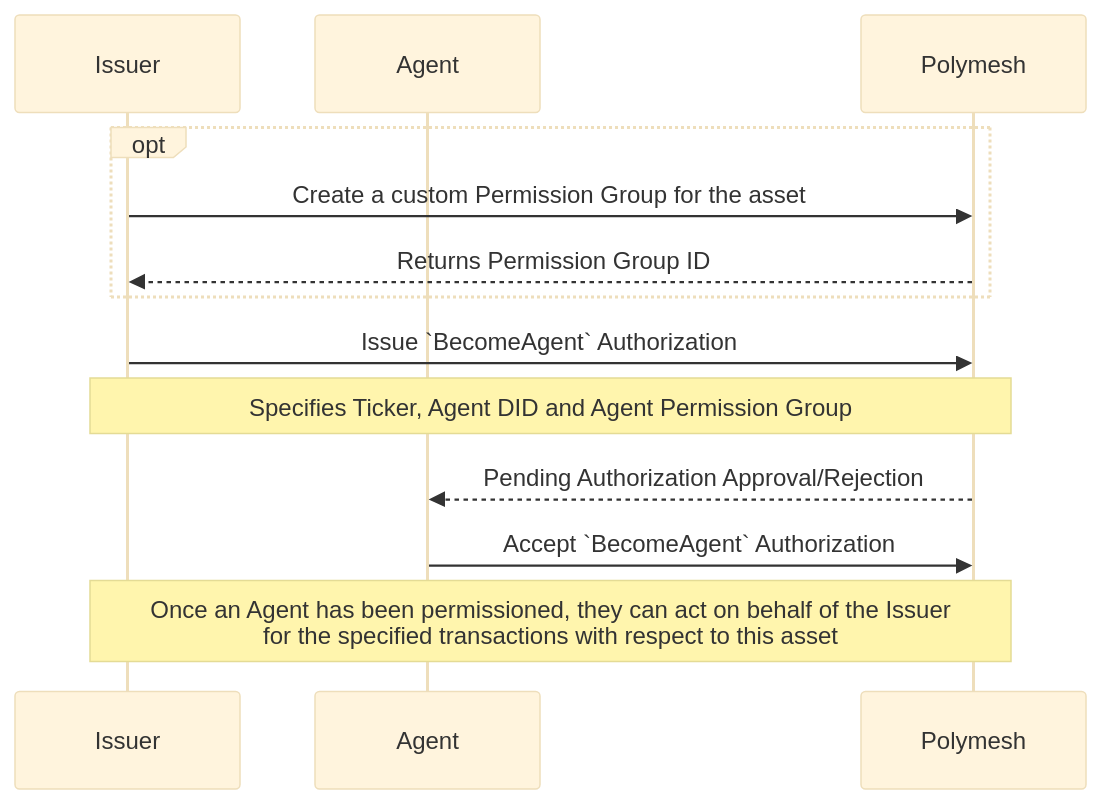
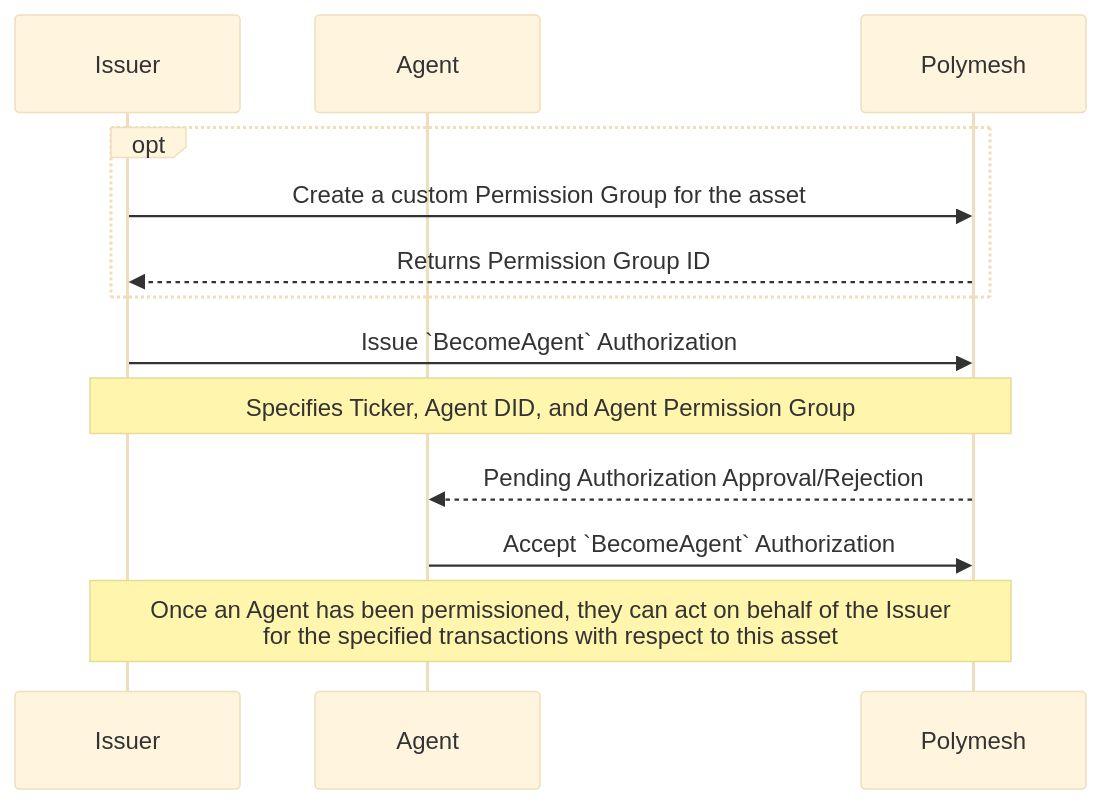
One commit to PolymeshAssociation/polymesh-documentation-site changed the second of 6 diagrams in polymesh-docs/primitives/settlement/settlement-diagrams.mdx. Above: the diagram before and after it, drawn with Mermaid (base theme). The commit also changed other lines of this file and 3 other files, not shown here.

````diff
--- a/polymesh-docs/primitives/settlement/settlement-diagrams.mdx
+++ b/polymesh-docs/primitives/settlement/settlement-diagrams.mdx
@@ -45,16 +45,16 @@
 ```mermaid
 sequenceDiagram
 participant I as Issuer
 participant A as Agent
 participant P as Polymesh
 
 opt
   I ->> P: Create a custom Permission Group for the asset
   P -->> I: Returns Permission Group ID
 end
 I ->> P: Issue `BecomeAgent` Authorization
-Note over I,P: Specifies Ticker, Agent DID and Agent Permission Group
+Note over I,P: Specifies Ticker, Agent DID, and Agent Permission Group
 P -->> A: Pending Authorization Approval/Rejection
 A ->> P: Accept `BecomeAgent` Authorization
 Note over I, P: Once an Agent has been permissioned, they can act on behalf of the Issuer<br/> for the specified transactions with respect to this asset
 ```
````
